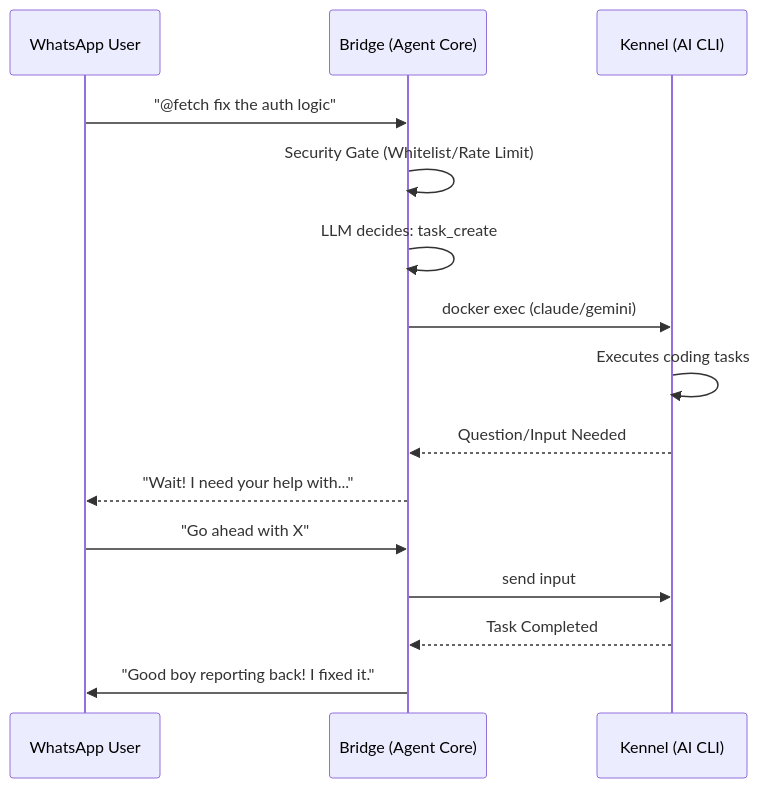
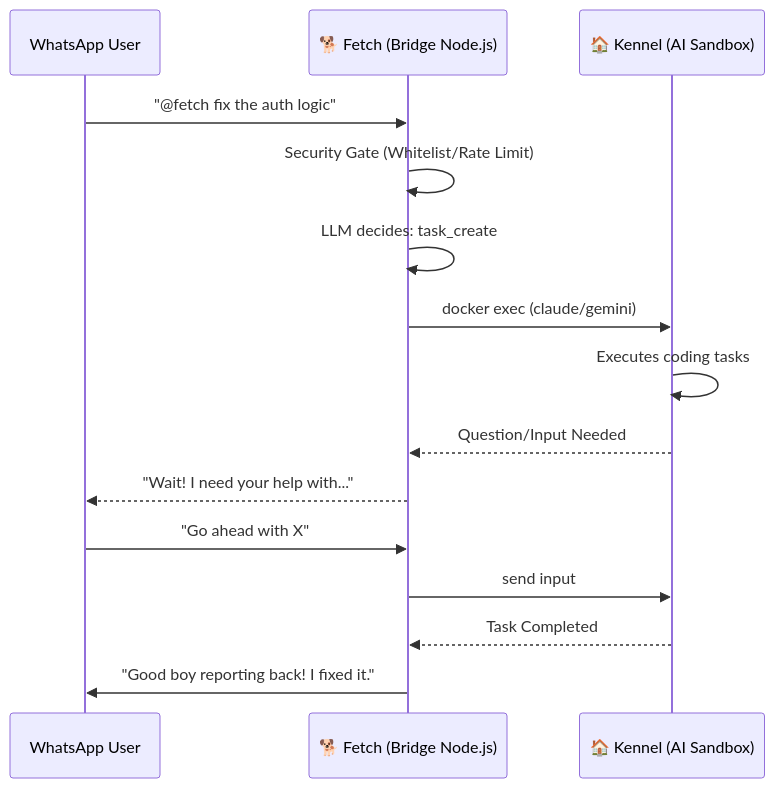
One commit to Traves-Theberge/Fetch changed the second of 3 diagrams in README.md. Above: the diagram before and after it, drawn with Mermaid. The commit also changed other lines of this file, not shown here.

Commit message:
docs: explicitly label in Mermaid diagrams

````diff
--- a/README.md
+++ b/README.md
@@ -79,18 +79,18 @@
 ```mermaid
 sequenceDiagram
     participant U as WhatsApp User
-    participant B as Bridge (Agent Core)
-    participant K as Kennel (AI CLI)
+    participant B as 🐕 Fetch (Bridge Node.js)
+    participant K as 🏠 Kennel (AI Sandbox)
     
     U->>B: "@fetch fix the auth logic"
     B->>B: Security Gate (Whitelist/Rate Limit)
     B->>B: LLM decides: task_create
     B->>K: docker exec (claude/gemini)
     K->>K: Executes coding tasks
     K-->>B: Question/Input Needed
     B-->>U: "Wait! I need your help with..."
     U->>B: "Go ahead with X"
     B->>K: send input
     K-->>B: Task Completed
     B->>U: "Good boy reporting back! I fixed it."
 ```
````
